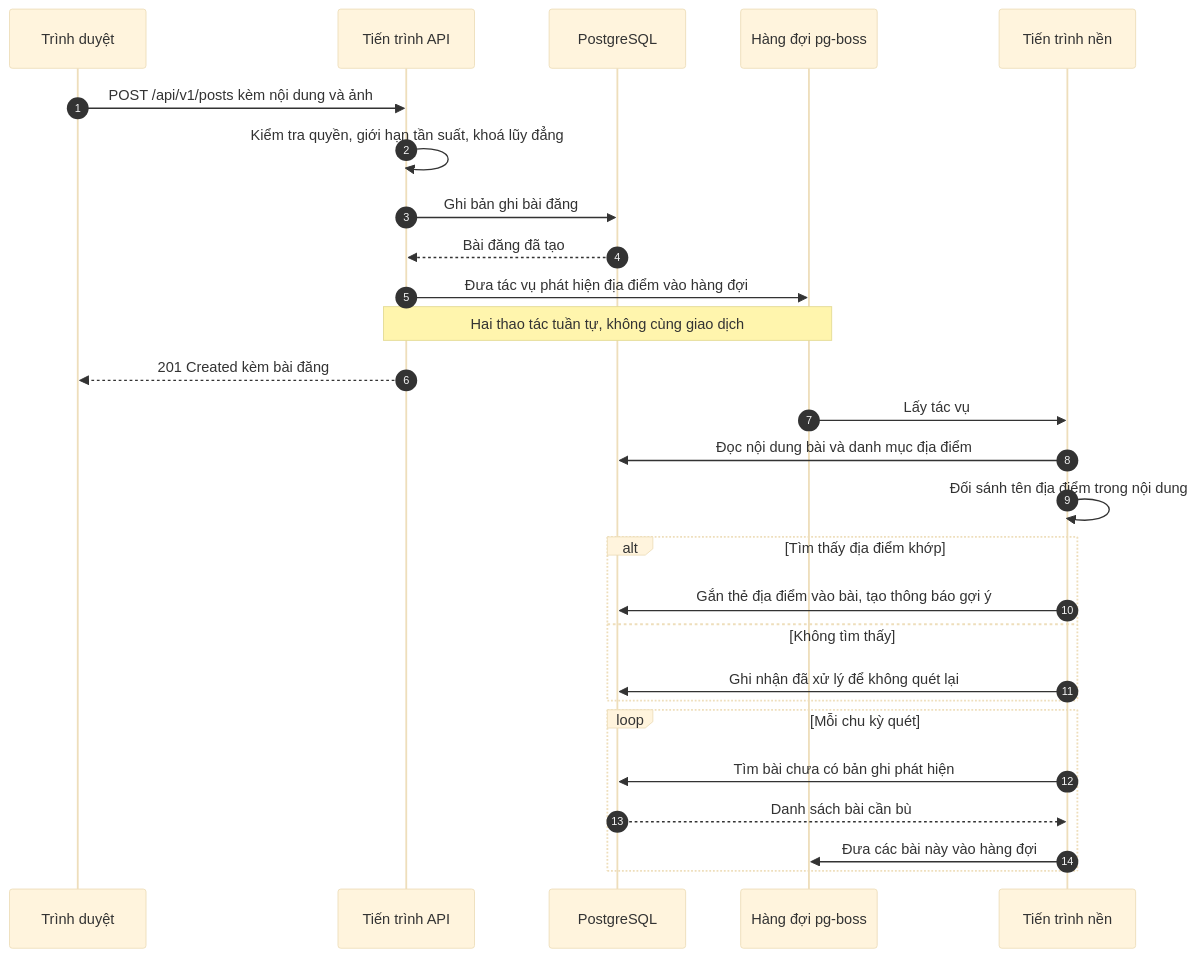
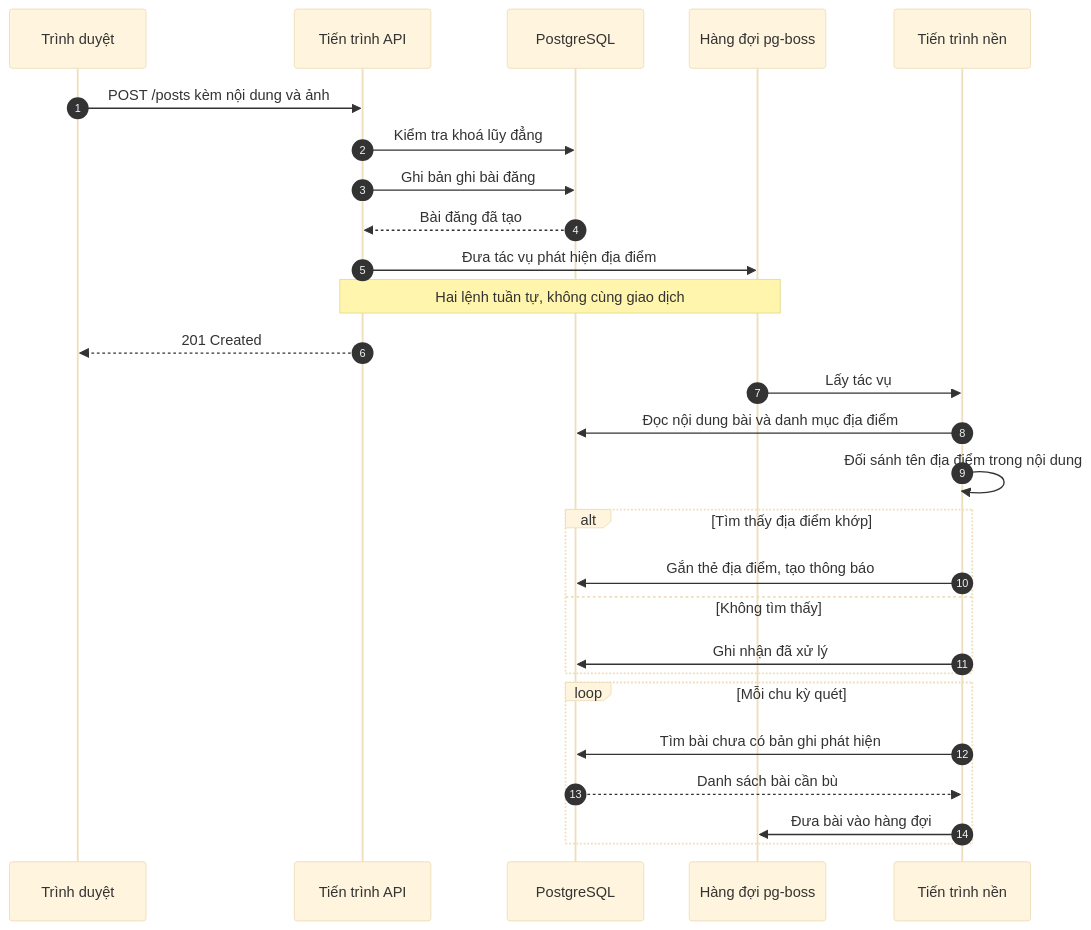
The fourth of 13 diagrams in docs/bao-cao/BAO-CAO-DO-AN.md (longqt321/Rendez-PBL6), drawn with Mermaid (base theme) before and after one commit. The commit also changed other lines of this file and 6 other files, not shown here.

First line of the commit message:
docs(report): bổ sung 6 ảnh giao diện thực tế và hoàn thiện báo cáo

````diff
--- a/docs/bao-cao/BAO-CAO-DO-AN.md
+++ b/docs/bao-cao/BAO-CAO-DO-AN.md
@@ -786,32 +536,30 @@
 ```mermaid
 sequenceDiagram
     autonumber
     participant B as Trình duyệt
     participant A as Tiến trình API
     participant D as PostgreSQL
     participant Q as Hàng đợi pg-boss
     participant W as Tiến trình nền
 
-    B->>A: POST /api/v1/posts kèm nội dung và ảnh
-    A->>A: Kiểm tra quyền, giới hạn tần suất, khoá lũy đẳng
+    B->>A: POST /posts kèm nội dung và ảnh
+    A->>D: Kiểm tra khoá lũy đẳng
     A->>D: Ghi bản ghi bài đăng
     D-->>A: Bài đăng đã tạo
-    A->>Q: Đưa tác vụ phát hiện địa điểm vào hàng đợi
-    Note over A,Q: Hai thao tác tuần tự, không cùng giao dịch
-    A-->>B: 201 Created kèm bài đăng
-
+    A->>Q: Đưa tác vụ phát hiện địa điểm
+    Note over A,Q: Hai lệnh tuần tự, không cùng giao dịch
+    A-->>B: 201 Created
     Q->>W: Lấy tác vụ
     W->>D: Đọc nội dung bài và danh mục địa điểm
     W->>W: Đối sánh tên địa điểm trong nội dung
     alt Tìm thấy địa điểm khớp
-        W->>D: Gắn thẻ địa điểm vào bài, tạo thông báo gợi ý
+        W->>D: Gắn thẻ địa điểm, tạo thông báo
     else Không tìm thấy
-        W->>D: Ghi nhận đã xử lý để không quét lại
+        W->>D: Ghi nhận đã xử lý
     end
-
     loop Mỗi chu kỳ quét
         W->>D: Tìm bài chưa có bản ghi phát hiện
         D-->>W: Danh sách bài cần bù
-        W->>Q: Đưa các bài này vào hàng đợi
+        W->>Q: Đưa bài vào hàng đợi
     end
 ```
````
